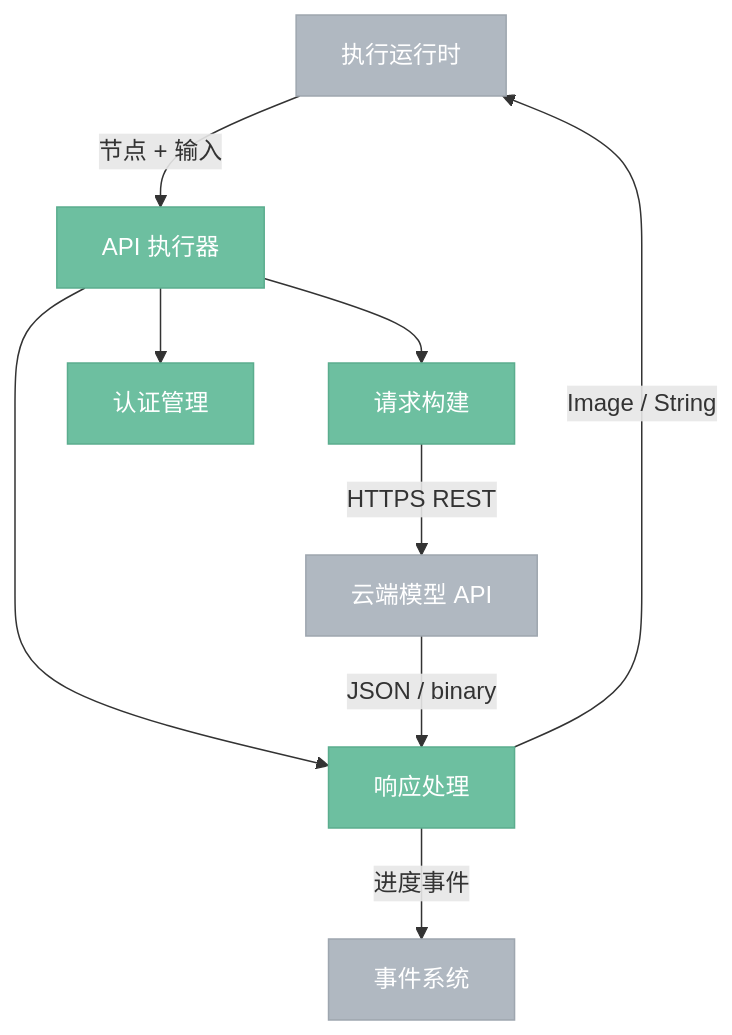
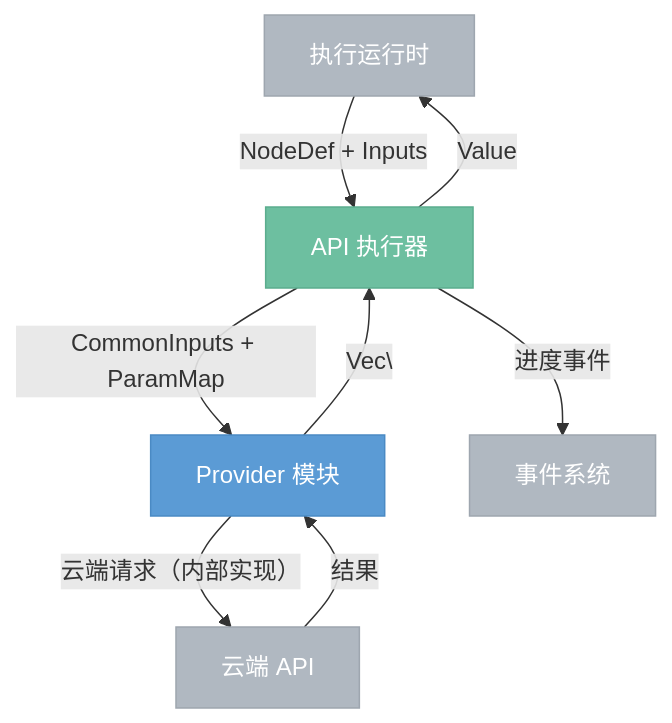
The first of 2 diagrams in docs/targetv3/411-executor-api.md (aporicho/nodeimg), drawn with Mermaid before and after one commit. The commit also changed other lines of this file and 12 other files, not shown here.

First line of the commit message:
docs(gui): 重构 API 执行器接口设计，新增 Provider 子文档和 GUI 子文档骨架

````diff
--- a/docs/targetv3/411-executor-api.md
+++ b/docs/targetv3/411-executor-api.md
@@ -7,18 +7,15 @@
 ```mermaid
 %%{ init: { 'flowchart': { 'curve': 'basis' } } }%%
 flowchart TB
     classDef internal fill:#6DBFA0,stroke:#5BAD8E,color:#fff
+    classDef logic fill:#5B9BD5,stroke:#4A8AC4,color:#fff
     classDef external fill:#B0B8C1,stroke:#9EA6AF,color:#fff
 
-    runtime["执行运行时"]:::external -->|"节点 + 输入"| executor["API 执行器"]:::internal
-
-    executor --> build["请求构建"]:::internal
-    executor --> response["响应处理"]:::internal
-    executor --> auth["认证管理"]:::internal
-
-    build -->|"HTTPS REST"| cloud["云端模型 API"]:::external
-    cloud -->|"JSON / binary"| response
-
-    response -->|"Image / String"| runtime
-    response -->|"进度事件"| events["事件系统"]:::external
+    runtime["执行运行时"]:::external -->|"NodeDef + Inputs"| executor["API 执行器"]:::internal
+    executor -->|"CommonInputs + ParamMap"| provider["Provider 模块"]:::logic
+    provider -->|"云端请求（内部实现）"| cloud["云端 API"]:::external
+    cloud -->|"结果"| provider
+    provider -->|"Vec\<Value\>"| executor
+    executor -->|"Value"| runtime
+    executor -->|"进度事件"| events["事件系统"]:::external
 ```
````
